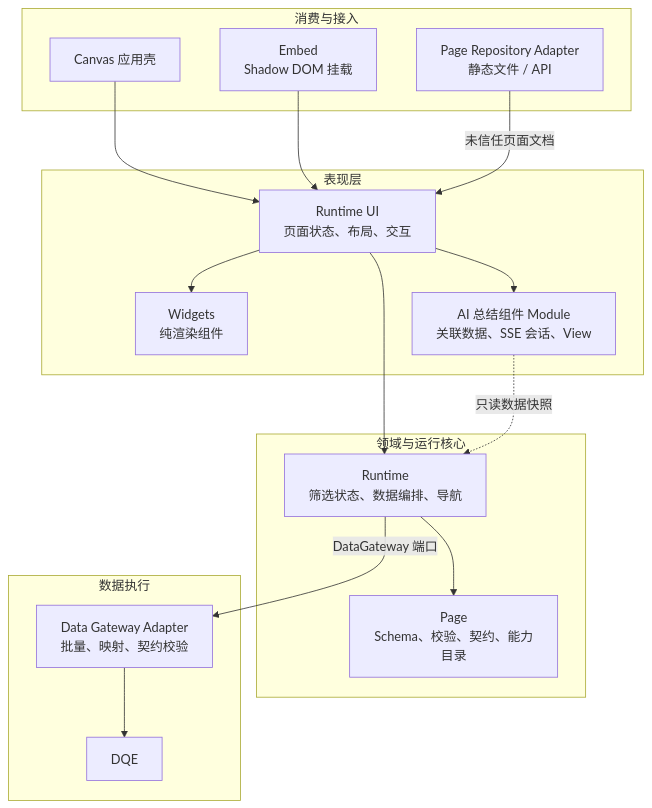
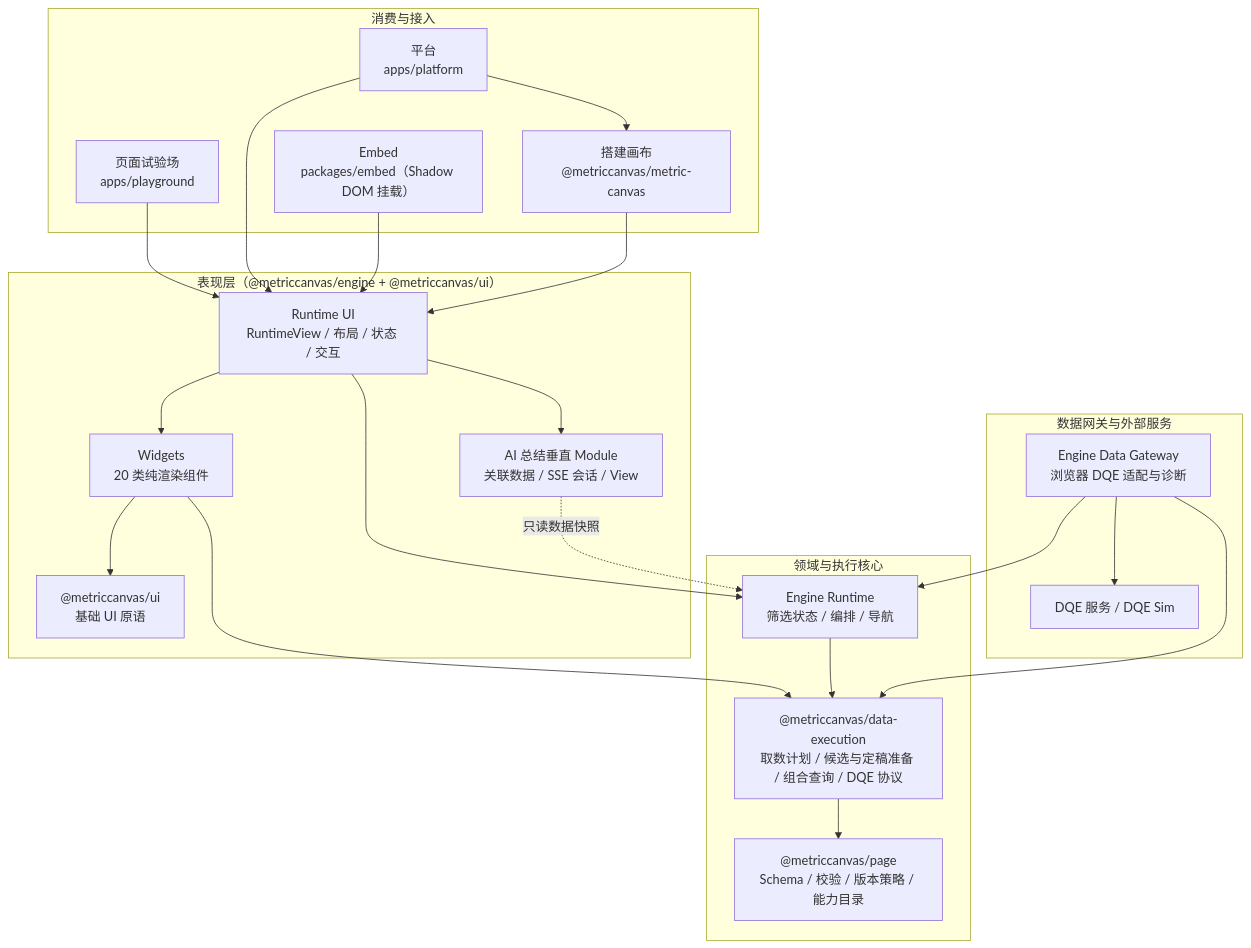
Before and after one commit to CCharlesMeng/MetricCanvas: the second of 4 diagrams in docs/frontend-runtime-capabilities.md, drawn with Mermaid. The commit also changed other lines of this file and 84 other files, not shown here.

Commit message:
chore: Wave 1A repo hygiene, plan archiving, doc consolidation, and ARCHITECTURE.md

````diff
--- a/docs/frontend-runtime-capabilities.md
+++ b/docs/frontend-runtime-capabilities.md
@@ -131,32 +128,41 @@
 ```mermaid
 flowchart TB
   subgraph shell["消费与接入"]
-    canvas["Canvas 应用壳"]
-    embed["Embed<br/>Shadow DOM 挂载"]
-    repository["Page Repository Adapter<br/>静态文件 / API"]
+    playground["页面试验场<br/>apps/playground"]
+    platform["平台<br/>apps/platform"]
+    embed["Embed<br/>packages/embed（Shadow DOM 挂载）"]
+    canvas["搭建画布<br/>@metriccanvas/metric-canvas"]
   end
-  subgraph presentation["表现层"]
-    runtimeUI["Runtime UI<br/>页面状态、布局、交互"]
-    widgets["Widgets<br/>纯渲染组件"]
-    ai["AI 总结组件 Module<br/>关联数据、SSE 会话、View"]
+  subgraph presentation["表现层（@metriccanvas/engine + @metriccanvas/ui）"]
+    runtimeUI["Runtime UI<br/>RuntimeView / 布局 / 状态 / 交互"]
+    widgets["Widgets<br/>20 类纯渲染组件"]
+    ui["@metriccanvas/ui<br/>基础 UI 原语"]
+    ai["AI 总结垂直 Module<br/>关联数据 / SSE 会话 / View"]
   end
-  subgraph core["领域与运行核心"]
-    runtime["Runtime<br/>筛选状态、数据编排、导航"]
-    pagePackage["Page<br/>Schema、校验、契约、能力目录"]
+  subgraph core["领域与执行核心"]
+    runtime["Engine Runtime<br/>筛选状态 / 编排 / 导航"]
+    dataExec["@metriccanvas/data-execution<br/>取数计划 / 候选与定稿准备 / 组合查询 / DQE 协议"]
+    pagePackage["@metriccanvas/page<br/>Schema / 校验 / 版本策略 / 能力目录"]
   end
-  subgraph external["数据执行"]
-    gateway["Data Gateway Adapter<br/>批量、映射、契约校验"]
-    dqe["DQE"]
+  subgraph external["数据网关与外部服务"]
+    gateway["Engine Data Gateway<br/>浏览器 DQE 适配与诊断"]
+    dqe["DQE 服务 / DQE Sim"]
   end
 
+  playground --> runtimeUI
+  platform --> runtimeUI
+  platform --> canvas
+  embed --> runtimeUI
   canvas --> runtimeUI
-  embed --> runtimeUI
-  repository -->|"未信任页面文档"| runtimeUI
   runtimeUI --> runtime
   runtimeUI --> widgets
   runtimeUI --> ai
-  runtime --> pagePackage
-  runtime -->|"DataGateway 端口"| gateway
+  widgets --> ui
+  widgets --> dataExec
+  runtime --> dataExec
+  dataExec --> pagePackage
+  gateway --> runtime
+  gateway --> dataExec
   gateway --> dqe
   ai -. "只读数据快照" .-> runtime
 ```
````
